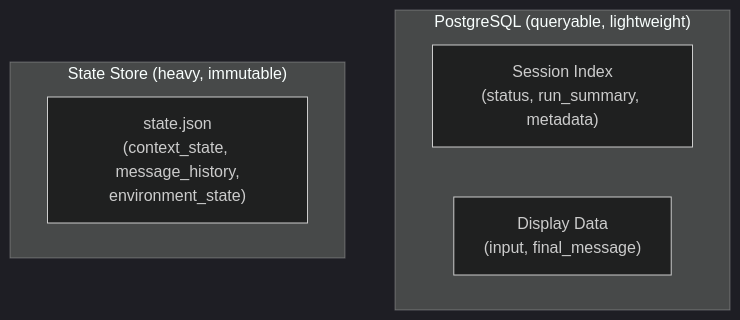
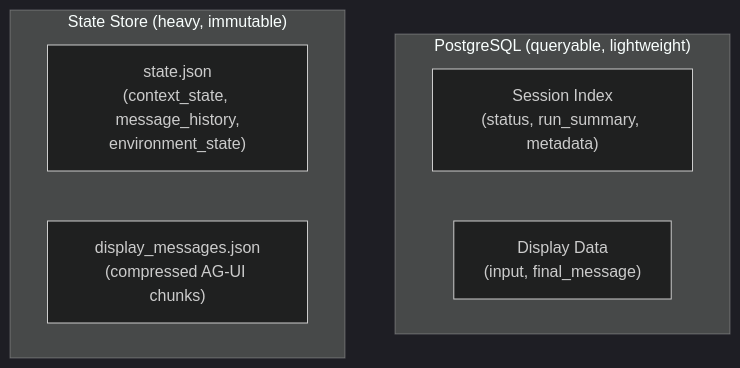
Before and after one commit to Wh1isper/netherbrain: the third of 5 diagrams in spec/agent_runtime/01-session.md, drawn with Mermaid (dark theme). The commit also changed other lines of this file and 11 other files, not shown here.

First line of the commit message:
feat: compress and persist display messages at session commit

````diff
--- a/spec/agent_runtime/01-session.md
+++ b/spec/agent_runtime/01-session.md
@@ -144,10 +144,11 @@
 ```mermaid
 flowchart TB
     subgraph PG["PostgreSQL (queryable, lightweight)"]
         IDX["Session Index<br/>(status, run_summary, metadata)"]
         IO["Display Data<br/>(input, final_message)"]
     end
     subgraph Store["State Store (heavy, immutable)"]
         SDK["state.json<br/>(context_state, message_history,<br/>environment_state)"]
+        DM["display_messages.json<br/>(compressed AG-UI chunks)"]
     end
 ```
````
